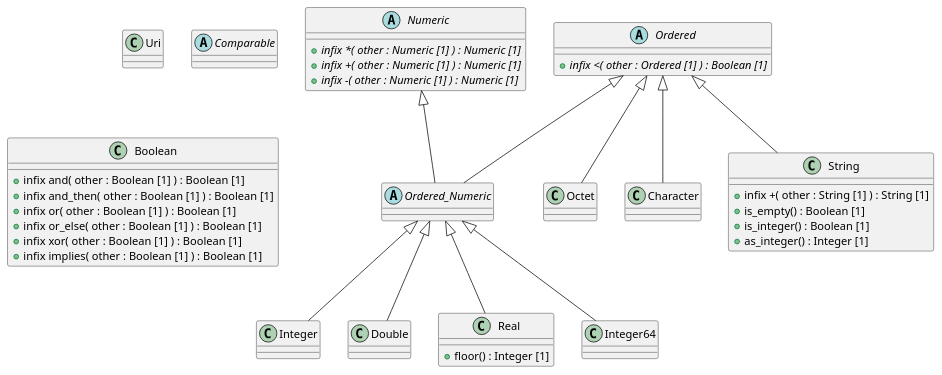
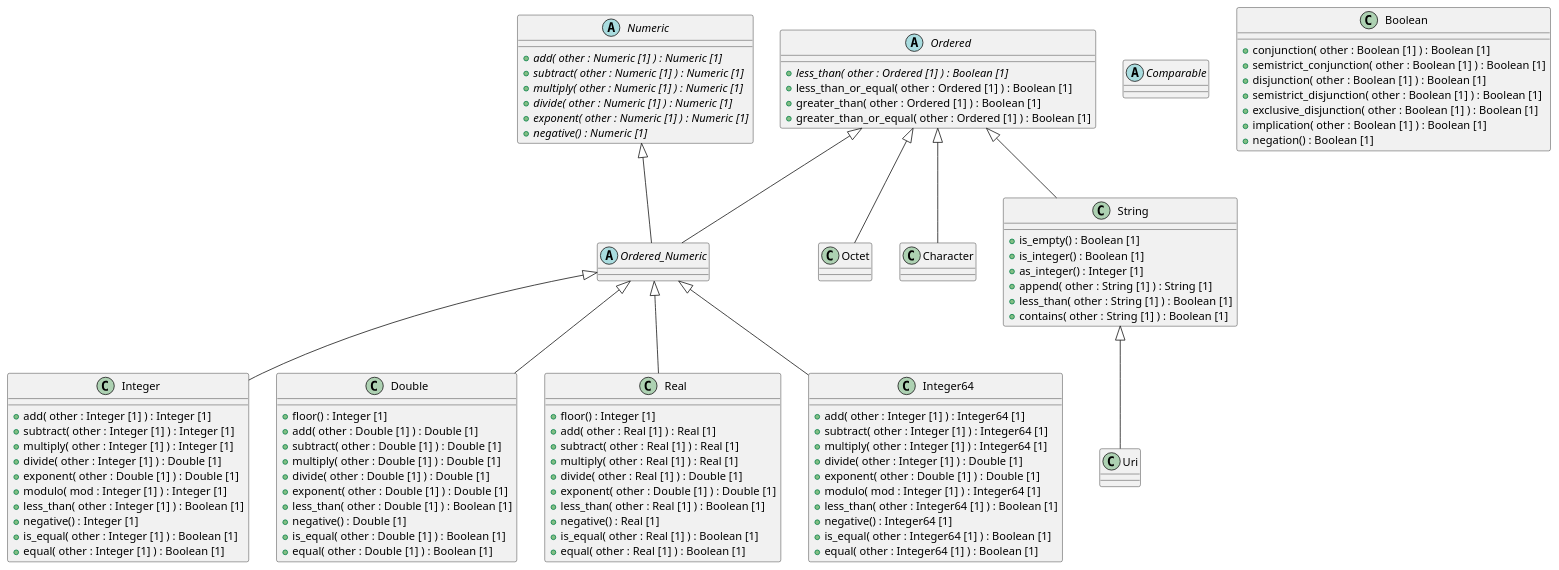
One commit to sebastian-iancu/code-generator changed the diagram in code/Adoc/openehr_base_1.2.0/plantUML/packages/org.openehr.base.foundation_types.primitive_types.adoc. Above: the diagram before and after it, drawn with PlantUML. The commit also changed 719 other files, not shown here.

```diff
--- a/code/Adoc/openehr_base_1.2.0/plantUML/packages/org.openehr.base.foundation_types.primitive_types.adoc
+++ b/code/Adoc/openehr_base_1.2.0/plantUML/packages/org.openehr.base.foundation_types.primitive_types.adoc
@@ -12,15 +12,38 @@
 }
 
 class Integer {
+  + add( other : Integer [1] ) : Integer [1]
+  + subtract( other : Integer [1] ) : Integer [1]
+  + multiply( other : Integer [1] ) : Integer [1]
+  + divide( other : Integer [1] ) : Double [1]
+  + exponent( other : Double [1] ) : Double [1]
+  + modulo( mod : Integer [1] ) : Integer [1]
+  + less_than( other : Integer [1] ) : Boolean [1]
+  + negative() : Integer [1]
+  + is_equal( other : Integer [1] ) : Boolean [1]
+  + equal( other : Integer [1] ) : Boolean [1]
 }
 
 class Double {
+  + floor() : Integer [1]
+  + add( other : Double [1] ) : Double [1]
+  + subtract( other : Double [1] ) : Double [1]
+  + multiply( other : Double [1] ) : Double [1]
+  + divide( other : Double [1] ) : Double [1]
+  + exponent( other : Double [1] ) : Double [1]
+  + less_than( other : Double [1] ) : Boolean [1]
+  + negative() : Double [1]
+  + is_equal( other : Double [1] ) : Boolean [1]
+  + equal( other : Double [1] ) : Boolean [1]
 }
 
 abstract class Numeric {
-  + {abstract} infix *( other : Numeric [1] ) : Numeric [1]
-  + {abstract} infix +( other : Numeric [1] ) : Numeric [1]
-  + {abstract} infix -( other : Numeric [1] ) : Numeric [1]
+  + {abstract} add( other : Numeric [1] ) : Numeric [1]
+  + {abstract} subtract( other : Numeric [1] ) : Numeric [1]
+  + {abstract} multiply( other : Numeric [1] ) : Numeric [1]
+  + {abstract} divide( other : Numeric [1] ) : Numeric [1]
+  + {abstract} exponent( other : Numeric [1] ) : Numeric [1]
+  + {abstract} negative() : Numeric [1]
 }
 
 class Octet {
@@ -30,32 +53,58 @@
 }
 
 class Boolean {
-  + infix and( other : Boolean [1] ) : Boolean [1]
-  + infix and_then( other : Boolean [1] ) : Boolean [1]
-  + infix or( other : Boolean [1] ) : Boolean [1]
-  + infix or_else( other : Boolean [1] ) : Boolean [1]
-  + infix xor( other : Boolean [1] ) : Boolean [1]
-  + infix implies( other : Boolean [1] ) : Boolean [1]
+  + conjunction( other : Boolean [1] ) : Boolean [1]
+  + semistrict_conjunction( other : Boolean [1] ) : Boolean [1]
+  + disjunction( other : Boolean [1] ) : Boolean [1]
+  + semistrict_disjunction( other : Boolean [1] ) : Boolean [1]
+  + exclusive_disjunction( other : Boolean [1] ) : Boolean [1]
+  + implication( other : Boolean [1] ) : Boolean [1]
+  + negation() : Boolean [1]
 }
 
 class String {
-  + infix +( other : String [1] ) : String [1]
   + is_empty() : Boolean [1]
   + is_integer() : Boolean [1]
   + as_integer() : Integer [1]
+  + append( other : String [1] ) : String [1]
+  + less_than( other : String [1] ) : Boolean [1]
+  + contains( other : String [1] ) : Boolean [1]
 }
 
 class Real {
   + floor() : Integer [1]
+  + add( other : Real [1] ) : Real [1]
+  + subtract( other : Real [1] ) : Real [1]
+  + multiply( other : Real [1] ) : Real [1]
+  + divide( other : Real [1] ) : Double [1]
+  + exponent( other : Double [1] ) : Double [1]
+  + less_than( other : Real [1] ) : Boolean [1]
+  + negative() : Real [1]
+  + is_equal( other : Real [1] ) : Boolean [1]
+  + equal( other : Real [1] ) : Boolean [1]
 }
 
 class Integer64 {
+  + add( other : Integer [1] ) : Integer64 [1]
+  + subtract( other : Integer [1] ) : Integer64 [1]
+  + multiply( other : Integer [1] ) : Integer64 [1]
+  + divide( other : Integer [1] ) : Double [1]
+  + exponent( other : Double [1] ) : Double [1]
+  + modulo( mod : Integer [1] ) : Integer64 [1]
+  + less_than( other : Integer64 [1] ) : Boolean [1]
+  + negative() : Integer64 [1]
+  + is_equal( other : Integer64 [1] ) : Boolean [1]
+  + equal( other : Integer64 [1] ) : Boolean [1]
 }
 
 abstract class Ordered {
-  + {abstract} infix <( other : Ordered [1] ) : Boolean [1]
+  + {abstract} less_than( other : Ordered [1] ) : Boolean [1]
+  + less_than_or_equal( other : Ordered [1] ) : Boolean [1]
+  + greater_than( other : Ordered [1] ) : Boolean [1]
+  + greater_than_or_equal( other : Ordered [1] ) : Boolean [1]
 }
 
+String <|-- Uri
 Ordered <|-- Ordered_Numeric
 Numeric <|-- Ordered_Numeric
 Ordered_Numeric <|-- Integer
```
